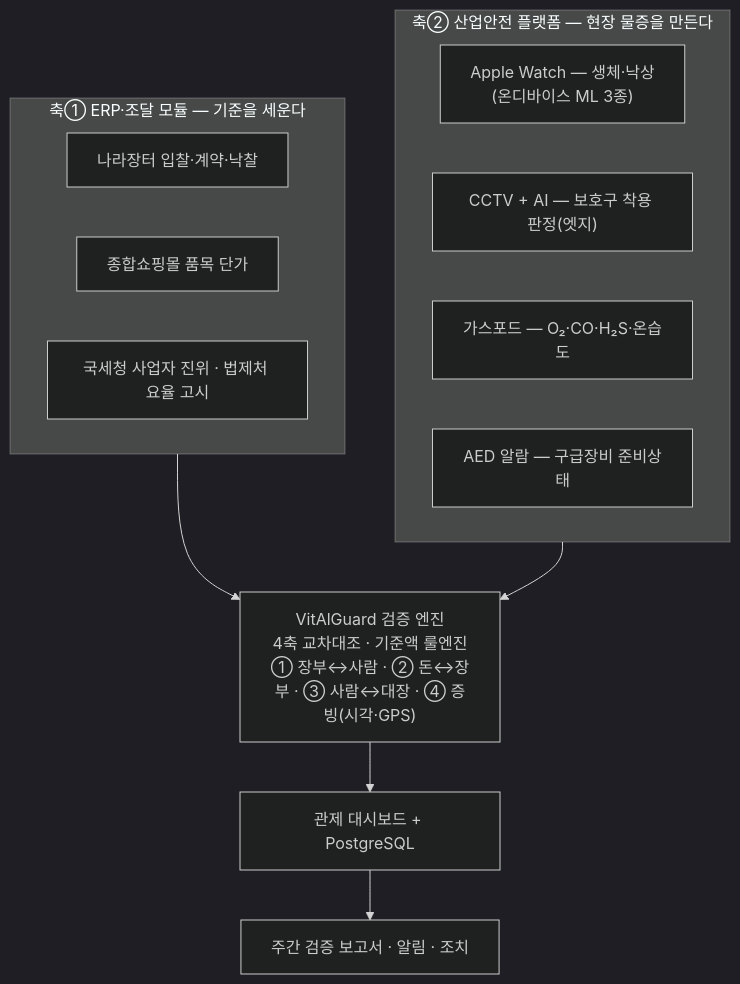
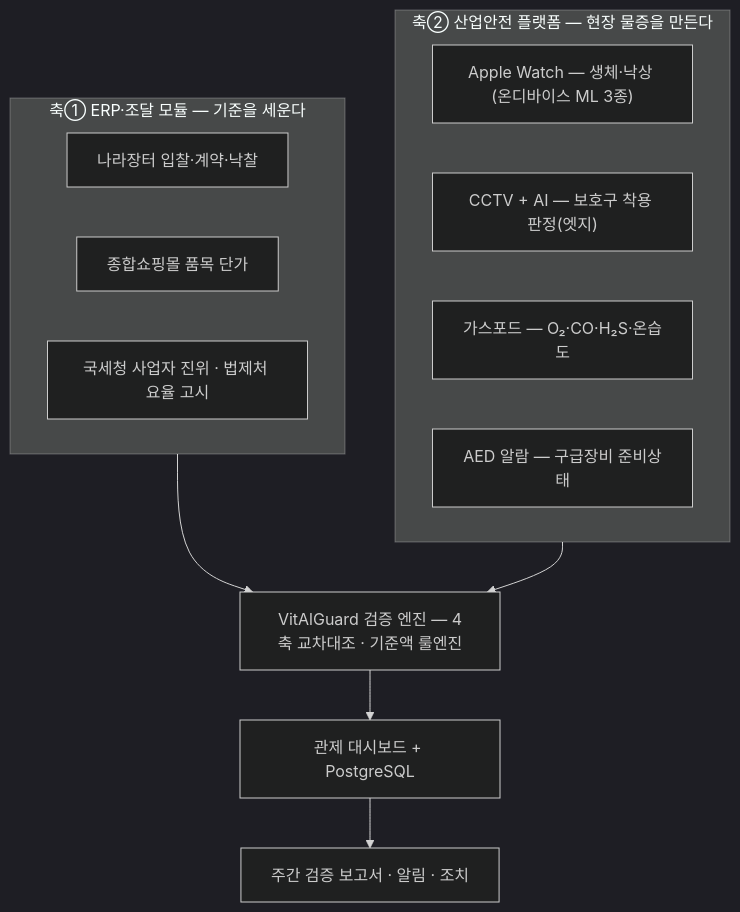
The diagram in README.md (becks0724/vitalguard), drawn with Mermaid (dark theme) before and after one commit. The commit also changed other lines of this file, not shown here.

Commit message:
docs: 다이어그램 라벨 간결화 — mermaid 내 <br/> 미지원 대응, 4축 설명은 본문 불릿으로

````diff
--- a/README.md
+++ b/README.md
@@ -19,18 +19,18 @@
 ```mermaid
 flowchart TB
   subgraph A["축① ERP·조달 모듈 — 기준을 세운다"]
     A1["나라장터 입찰·계약·낙찰"]
     A2["종합쇼핑몰 품목 단가"]
     A3["국세청 사업자 진위 · 법제처 요율 고시"]
   end
   subgraph B["축② 산업안전 플랫폼 — 현장 물증을 만든다"]
-    B1["Apple Watch — 생체·낙상<br/>(온디바이스 ML 3종)"]
+    B1["Apple Watch — 생체·낙상 (온디바이스 ML 3종)"]
     B2["CCTV + AI — 보호구 착용 판정(엣지)"]
     B3["가스포드 — O₂·CO·H₂S·온습도"]
     B4["AED 알람 — 구급장비 준비상태"]
   end
-  A --> E["VitAlGuard 검증 엔진<br/>4축 교차대조 · 기준액 룰엔진<br/>① 장부↔사람 · ② 돈↔장부 · ③ 사람↔대장 · ④ 증빙(시각·GPS)"]
+  A --> E["VitAlGuard 검증 엔진 — 4축 교차대조 · 기준액 룰엔진"]
   B --> E
   E --> D["관제 대시보드 + PostgreSQL"]
   D --> R["주간 검증 보고서 · 알림 · 조치"]
 ```
````
